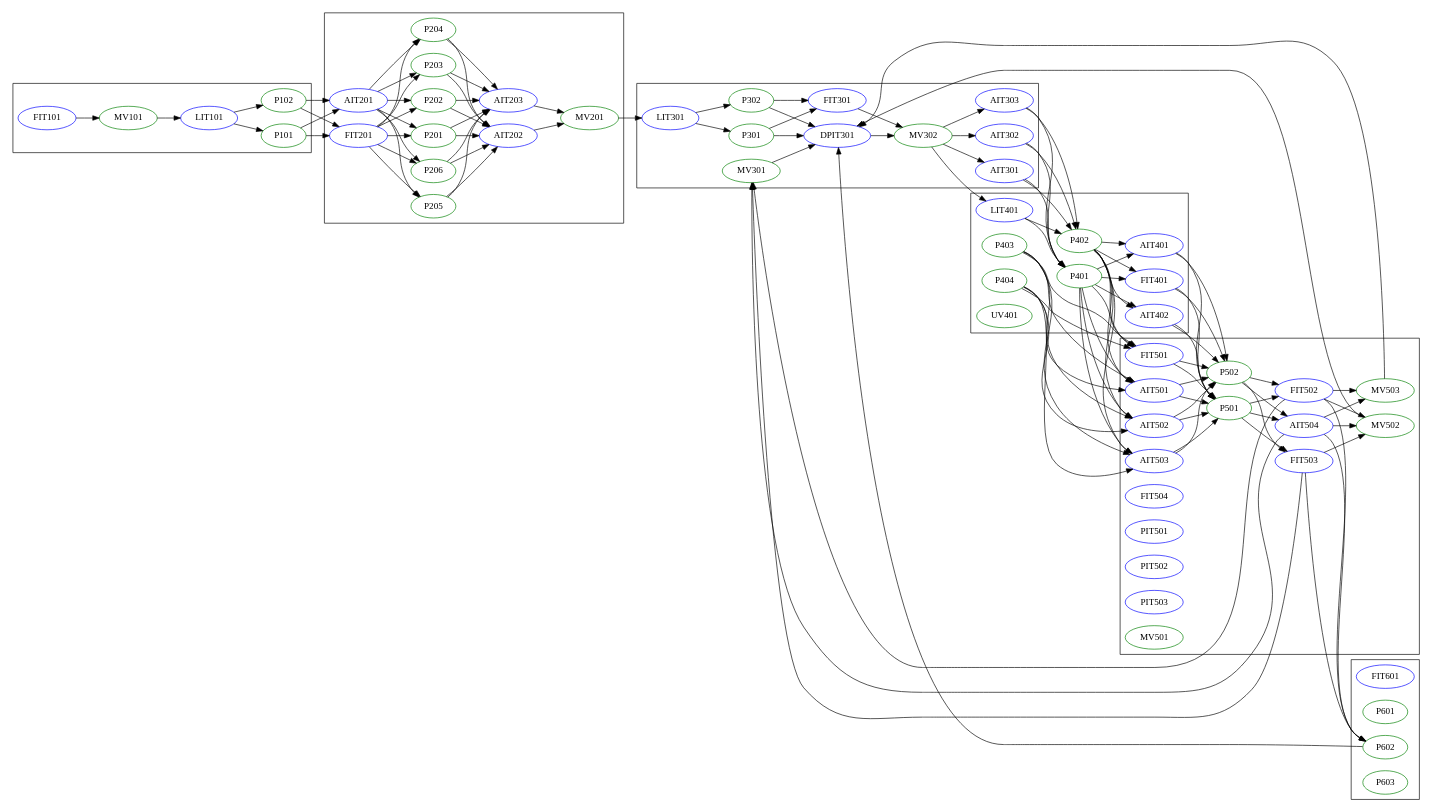
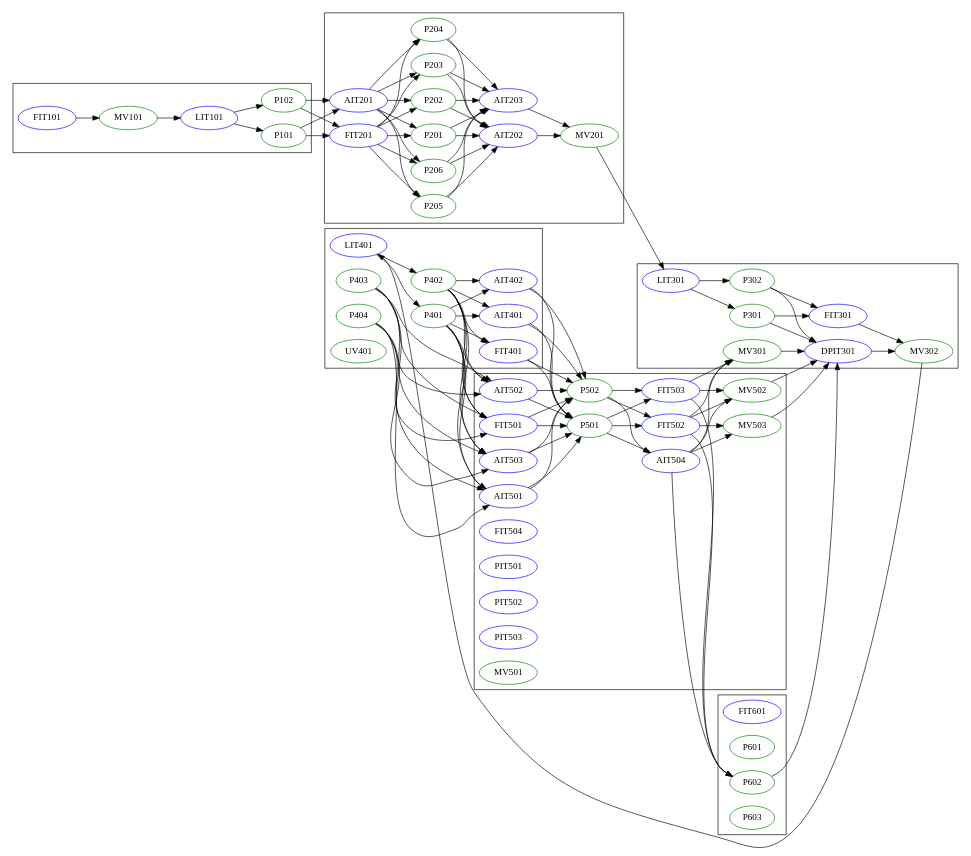
The diagram in flow_raw.dot (CITCOM-project/causal-cut-replication), drawn with Graphviz before and after one commit. The commit also changed 6 other files, not shown here.

```diff
--- a/flow_raw.dot
+++ b/flow_raw.dot
@@ -1,188 +1,176 @@
 /* Generated by the Midget translator*/
 /* Version 0.0 not yet released */
 
 digraph dag{
   rankdir = "LR";
 
   subgraph cluster_1 {
     FIT101[type = "sensor" color = "blue"];
     MV101[type = "actuator" color = "green"];
     LIT101[type = "sensor" color = "blue"];
     P101[type = "actuator" color = "green"];
     P102[type = "actuator" color = "green"];
   }
   subgraph cluster_2 {
     AIT201[type = "sensor" color = "blue"];
     AIT202[type = "sensor" color = "blue"];
     AIT203[type = "sensor" color = "blue"];
     FIT201[type = "sensor" color = "blue"];
     MV201[type = "actuator" color = "green"];
     P201[type = "actuator" color = "green"];
     P202[type = "actuator" color = "green"];
     P203[type = "actuator" color = "green"];
     P204[type = "actuator" color = "green"];
     P205[type = "actuator" color = "green"];
     P206[type = "actuator" color = "green"];
   }
   subgraph cluster_3 {
     DPIT301[type = "sensor" color = "blue"];
     FIT301[type = "sensor" color = "blue"];
     LIT301[type = "sensor" color = "blue"];
-    AIT301[type = "sensor" color = "blue"];
-    AIT302[type = "sensor" color = "blue"];
-    AIT303[type = "sensor" color = "blue"];
     MV302[type = "actuator" color = "green"];
     MV301[type = "actuator" color = "green"];
     P301[type = "actuator" color = "green"];
     P302[type = "actuator" color = "green"];
   }
   subgraph cluster_4 {
     AIT401[type = "sensor" color = "blue"];
     AIT402[type = "sensor" color = "blue"];
     FIT401[type = "sensor" color = "blue"];
     LIT401[type = "sensor" color = "blue"];
     P401[type = "actuator" color = "green"];
     P402[type = "actuator" color = "green"];
     P403[type = "actuator" color = "green"];
     P404[type = "actuator" color = "green"];
     UV401[type = "actuator" color = "green"];
   }
   subgraph cluster_5 {
     AIT501[type = "sensor" color = "blue"];
     AIT502[type = "sensor" color = "blue"];
     AIT503[type = "sensor" color = "blue"];
     AIT504[type = "sensor" color = "blue"];
     FIT501[type = "sensor" color = "blue"];
     FIT502[type = "sensor" color = "blue"];
     FIT503[type = "sensor" color = "blue"];
     FIT504[type = "sensor" color = "blue"];
     P501[type = "actuator" color = "green"];
     P502[type = "actuator" color = "green"];
     PIT501[type = "sensor" color = "blue"];
     PIT502[type = "sensor" color = "blue"];
     PIT503[type = "sensor" color = "blue"];
     MV501[type = "actuator" color = "green"];
     MV502[type = "actuator" color = "green"];
     MV503[type = "actuator" color = "green"];
   }
   subgraph cluster_6 {
     FIT601[type = "sensor" color = "blue"];
     P601[type = "actuator" color = "green"];
     P602[type = "actuator" color = "green"];
     P603[type = "actuator" color = "green"];
   }
 
   AIT201 -> P201;
   AIT201 -> P202;
   AIT201 -> P203;
   AIT201 -> P204;
   AIT201 -> P205;
   AIT201 -> P206;
   AIT202 -> MV201;
   AIT203 -> MV201;
-  AIT301 -> P401;
-  AIT301 -> P402;
-  AIT302 -> P401;
-  AIT302 -> P402;
-  AIT303 -> P401;
-  AIT303 -> P402;
   AIT401 -> P501;
   AIT401 -> P502;
   AIT402 -> P501;
   AIT402 -> P502;
   AIT501 -> P501;
   AIT501 -> P502;
   AIT502 -> P501;
   AIT502 -> P502;
   AIT503 -> P501;
   AIT503 -> P502;
   AIT504 -> MV503;
   AIT504 -> MV502;
   AIT504 -> P602;
   AIT504 -> MV301;
   DPIT301 -> MV302;
   FIT101 -> MV101;
   FIT201 -> P201;
   FIT201 -> P202;
   FIT201 -> P203;
   FIT201 -> P204;
   FIT201 -> P205;
   FIT201 -> P206;
   FIT301 -> MV302;
   FIT401 -> P501;
   FIT401 -> P502;
   FIT501 -> P501;
   FIT501 -> P502;
   FIT502 -> MV503;
   FIT502 -> MV502;
   FIT502 -> P602;
   FIT502 -> MV301;
   FIT503 -> MV502;
   FIT503 -> P602;
   FIT503 -> MV301;
   LIT101 -> P101;
   LIT101 -> P102;
   LIT301 -> P301;
   LIT301 -> P302;
   LIT401 -> P401;
   LIT401 -> P402;
   MV101 -> LIT101;
   MV201 -> LIT301;
   MV301 -> DPIT301;
-  MV302 -> AIT301;
-  MV302 -> AIT302;
-  MV302 -> AIT303;
   MV302 -> LIT401;
   MV502 -> DPIT301;
   MV503 -> DPIT301;
   P101 -> FIT201;
   P101 -> AIT201;
   P102 -> FIT201;
   P102 -> AIT201;
   P201 -> AIT202;
   P201 -> AIT203;
   P202 -> AIT202;
   P202 -> AIT203;
   P203 -> AIT202;
   P203 -> AIT203;
   P204 -> AIT202;
   P204 -> AIT203;
   P205 -> AIT202;
   P205 -> AIT203;
   P206 -> AIT202;
   P206 -> AIT203;
   P301 -> FIT301;
   P301 -> DPIT301;
   P302 -> FIT301;
   P302 -> DPIT301;
   P401 -> AIT401;
   P401 -> FIT401;
   P401 -> AIT402;
   P401 -> AIT501;
   P401 -> AIT502;
   P401 -> AIT503;
   P401 -> FIT501;
   P402 -> AIT401;
   P402 -> FIT401;
   P402 -> AIT402;
   P402 -> AIT501;
   P402 -> AIT502;
   P402 -> AIT503;
   P402 -> FIT501;
   P403 -> AIT501;
   P403 -> AIT502;
   P403 -> AIT503;
   P403 -> FIT501;
   P404 -> AIT501;
   P404 -> AIT502;
   P404 -> AIT503;
   P404 -> FIT501;
   P501 -> AIT504;
   P501 -> FIT502;
   P501 -> FIT503;
   P502 -> AIT504;
   P502 -> FIT502;
   P502 -> FIT503;
   P602 -> DPIT301;
 
 }
```
